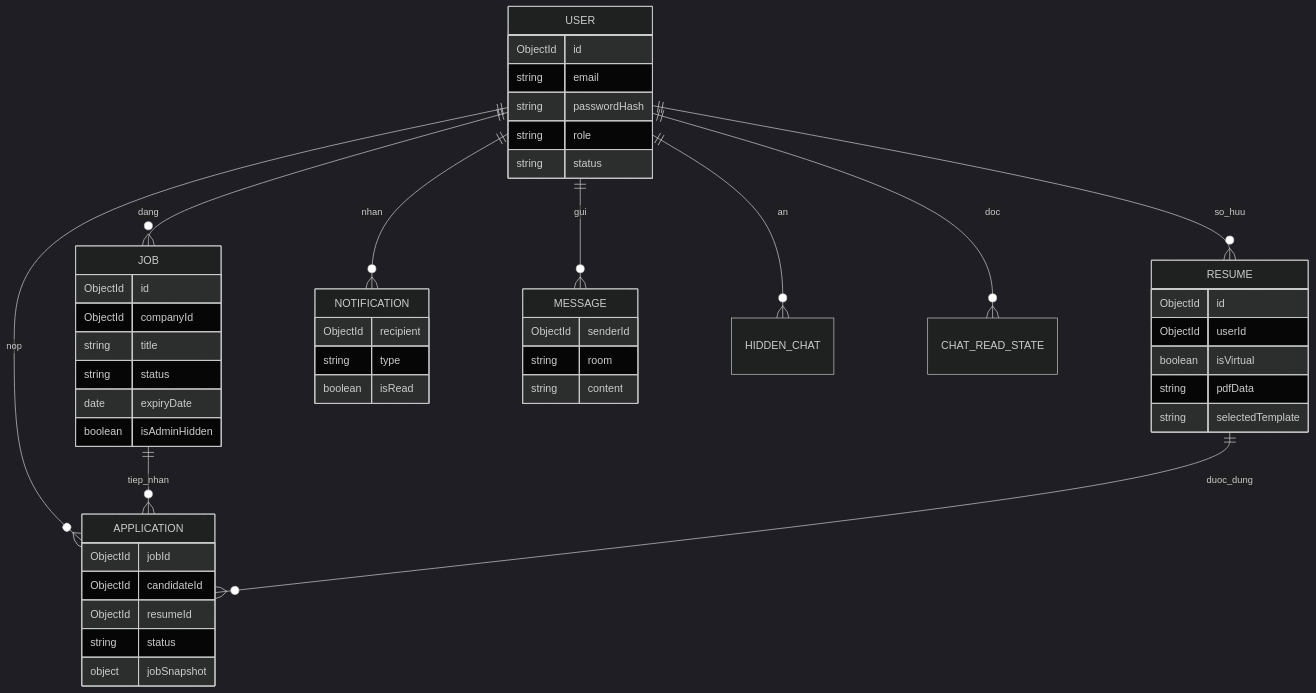
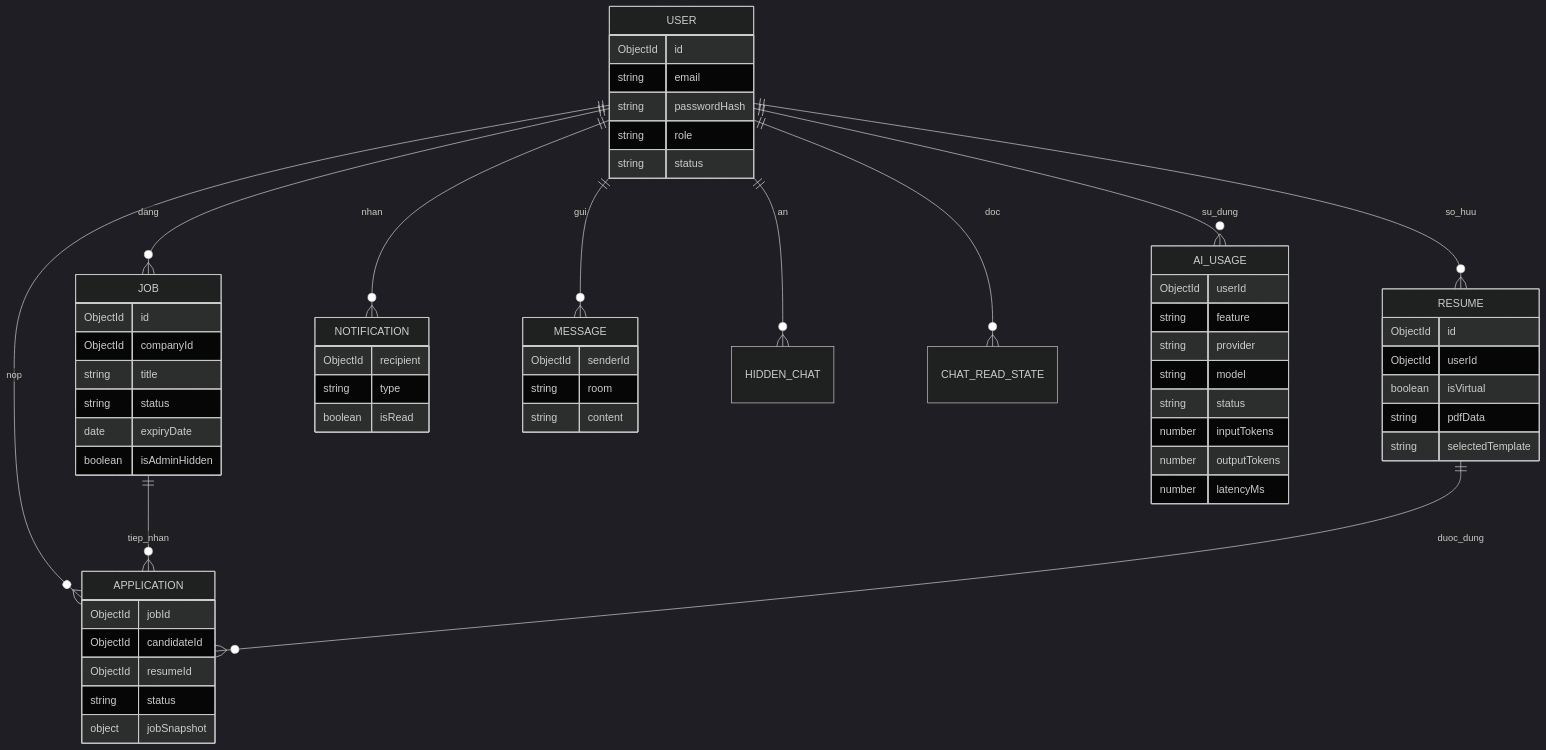
Before and after one commit to vinhvt619/DA2: the fifth of 12 diagrams in docs/bao-cao-do-an-rabbitcv.md, drawn with Mermaid (dark theme). The commit also changed other lines of this file and 172 other files, not shown here.

````diff
--- a/docs/bao-cao-do-an-rabbitcv.md
+++ b/docs/bao-cao-do-an-rabbitcv.md
@@ -368,52 +403,63 @@
 ```mermaid
 erDiagram
     USER ||--o{ RESUME : so_huu
     USER ||--o{ JOB : dang
     USER ||--o{ APPLICATION : nop
     USER ||--o{ NOTIFICATION : nhan
     USER ||--o{ MESSAGE : gui
     USER ||--o{ HIDDEN_CHAT : an
     USER ||--o{ CHAT_READ_STATE : doc
+    USER ||--o{ AI_USAGE : su_dung
     JOB ||--o{ APPLICATION : tiep_nhan
     RESUME ||--o{ APPLICATION : duoc_dung
 
     USER {
         ObjectId id
         string email
         string passwordHash
         string role
         string status
     }
     RESUME {
         ObjectId id
         ObjectId userId
         boolean isVirtual
         string pdfData
         string selectedTemplate
     }
     JOB {
         ObjectId id
         ObjectId companyId
         string title
         string status
         date expiryDate
         boolean isAdminHidden
     }
     APPLICATION {
         ObjectId jobId
         ObjectId candidateId
         ObjectId resumeId
         string status
         object jobSnapshot
     }
     NOTIFICATION {
         ObjectId recipient
         string type
         boolean isRead
     }
     MESSAGE {
         ObjectId senderId
         string room
         string content
     }
+    AI_USAGE {
+        ObjectId userId
+        string feature
+        string provider
+        string model
+        string status
+        number inputTokens
+        number outputTokens
+        number latencyMs
+    }
 ```
````
